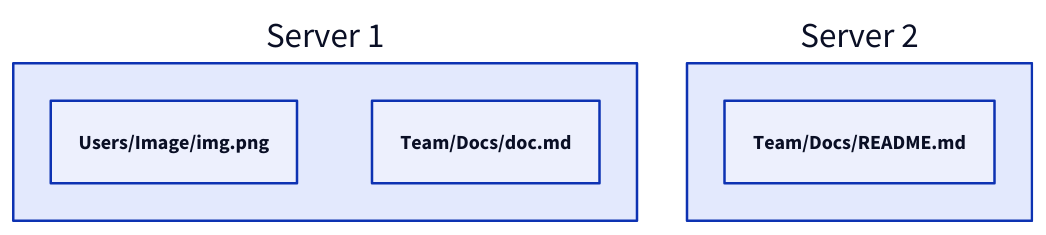
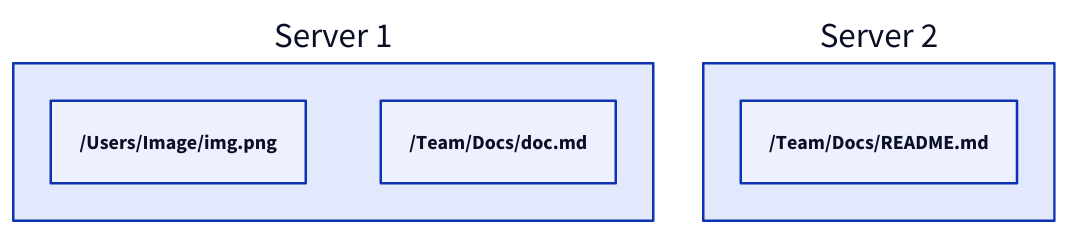
The fifth of 20 diagrams in content/docs/data-persistence/media-storage.md (link1905/system-design-101), drawn with D2 before and after one commit. The commit also changed other lines of this file and 49 other files, not shown here.

````diff
--- a/content/docs/data-persistence/media-storage.md
+++ b/content/docs/data-persistence/media-storage.md
@@ -130,15 +150,15 @@
 ```d2
 s1: Server 1 {
-  "Users/Image/img.png": {
+  "/Users/Image/img.png": {
     class: file
   }
-  "Team/Docs/doc.md": {
+  "/Team/Docs/doc.md": {
     class: file
   }
 }
 s2: Server 2 {
-  "Team/Docs/README.md": {
+  "/Team/Docs/README.md": {
     class: file
   }
 }
 ```
````
